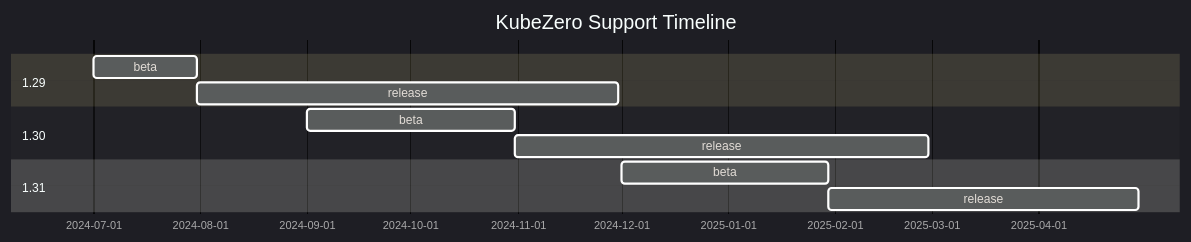
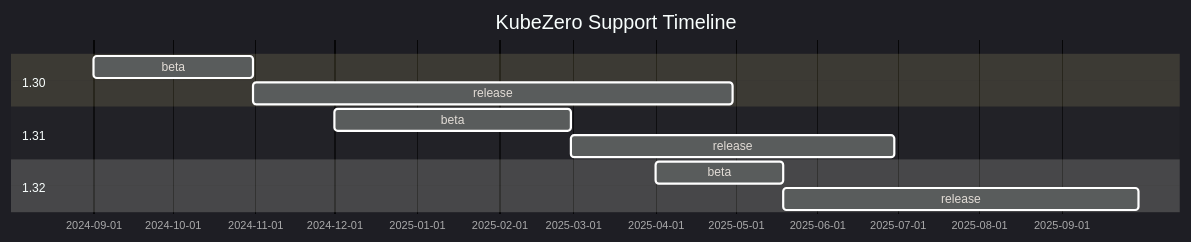
The diagram in README.md (Zero-Down-Time/KubeZero), drawn with Mermaid before and after one commit. The commit also changed other lines of this file, not shown here.

````diff
--- a/README.md
+++ b/README.md
@@ -26,15 +26,15 @@
 ```mermaid
 %%{init: {'theme':'dark'}}%%
 gantt
     title KubeZero Support Timeline
     dateFormat  YYYY-MM-DD
-    section 1.29
-    beta     :129b, 2024-07-01, 2024-07-31
-    release  :after 129b, 2024-11-30
     section 1.30
     beta     :130b, 2024-09-01, 2024-10-31
-    release  :after 130b, 2025-02-28
+    release  :after 130b, 2025-04-30
     section 1.31
-    beta     :131b, 2024-12-01, 2025-01-30
-    release  :after 131b, 2025-04-30
+    beta     :131b, 2024-12-01, 2025-02-28
+    release  :after 131b, 2025-06-30
+    section 1.32
+    beta     :132b, 2025-04-01, 2025-05-19
+    release  :after 132b, 2025-09-30
 ```
````
